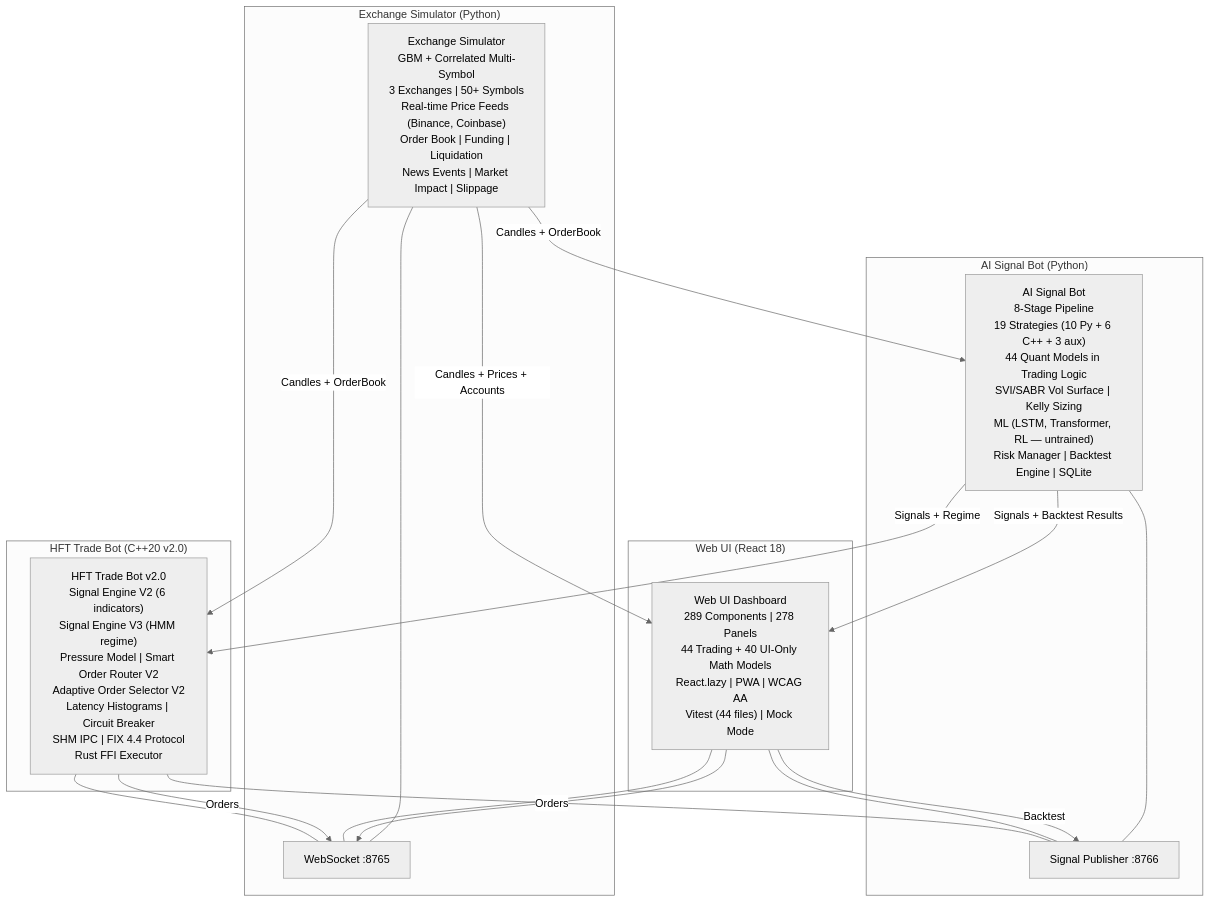
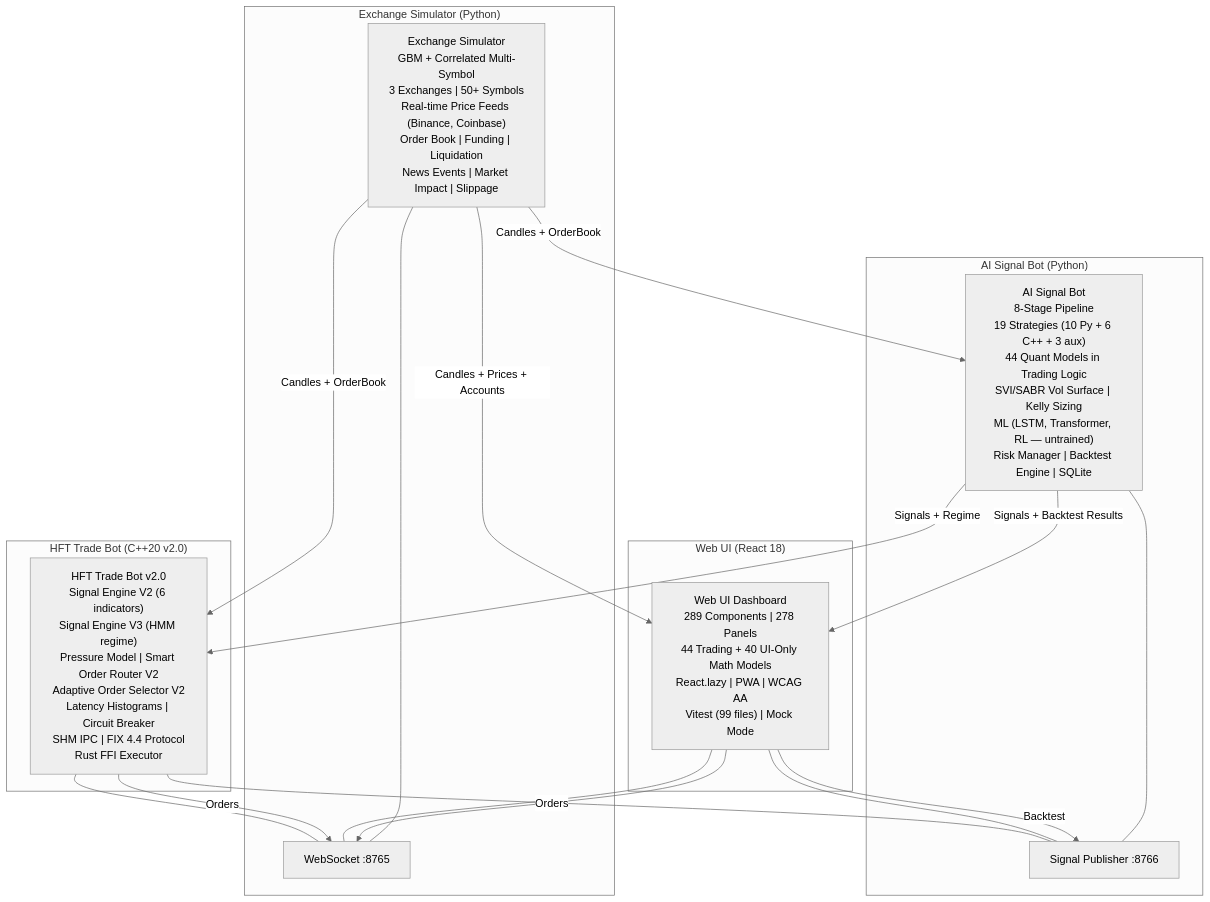
One commit to ezpectus/HFT-trading-simulator changed the diagram in docs/ARCHITECTURE.md. Above: the diagram before and after it, drawn with Mermaid (neutral theme). The commit also changed other lines of this file and 1 other file, not shown here.

First line of the commit message:
docs: fix stale references in ARCHITECTURE.md and WEB_UI.md

````diff
--- a/docs/ARCHITECTURE.md
+++ b/docs/ARCHITECTURE.md
@@ -71,35 +71,35 @@
 ```mermaid
 graph TB
     subgraph "Exchange Simulator (Python)"
         ES["Exchange Simulator<br/>GBM + Correlated Multi-Symbol<br/>3 Exchanges | 50+ Symbols<br/>Real-time Price Feeds (Binance, Coinbase)<br/>Order Book | Funding | Liquidation<br/>News Events | Market Impact | Slippage"]
         WS8765[WebSocket :8765]
         WS8765 --- ES
     end
 
     subgraph "AI Signal Bot (Python)"
         AI["AI Signal Bot<br/>8-Stage Pipeline<br/>19 Strategies (10 Py + 6 C++ + 3 aux)<br/>44 Quant Models in Trading Logic<br/>SVI/SABR Vol Surface | Kelly Sizing<br/>ML (LSTM, Transformer, RL — untrained)<br/>Risk Manager | Backtest Engine | SQLite"]
         WS8766[Signal Publisher :8766]
         WS8766 --- AI
     end
 
     subgraph "HFT Trade Bot (C++20 v2.0)"
         HFT["HFT Trade Bot v2.0<br/>Signal Engine V2 (6 indicators)<br/>Signal Engine V3 (HMM regime)<br/>Pressure Model | Smart Order Router V2<br/>Adaptive Order Selector V2<br/>Latency Histograms | Circuit Breaker<br/>SHM IPC | FIX 4.4 Protocol<br/>Rust FFI Executor"]
         HFT --- WS8765
         HFT --- WS8766
         HFT -->|Orders| WS8765
     end
 
     subgraph "Web UI (React 18)"
-        UI["Web UI Dashboard<br/>289 Components | 278 Panels<br/>44 Trading + 40 UI-Only Math Models<br/>React.lazy | PWA | WCAG AA<br/>Vitest (44 files) | Mock Mode"]
+        UI["Web UI Dashboard<br/>289 Components | 278 Panels<br/>44 Trading + 40 UI-Only Math Models<br/>React.lazy | PWA | WCAG AA<br/>Vitest (99 files) | Mock Mode"]
         UI --- WS8765
         UI --- WS8766
         UI -->|Orders| WS8765
         UI -->|Backtest| WS8766
     end
 
     ES -->|Candles + OrderBook| AI
     ES -->|Candles + OrderBook| HFT
     ES -->|Candles + Prices + Accounts| UI
     AI -->|Signals + Regime| HFT
     AI -->|Signals + Backtest Results| UI
 ```
````
